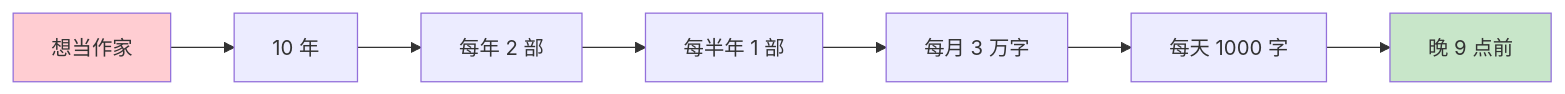
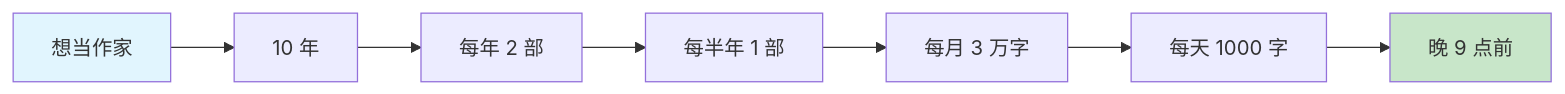
One commit to chongyang211/YCBookBlog changed the second of 5 diagrams in packages/website/11.书籍/05.自我精进·成事/03.分解目标要明确.md. Above: the diagram before and after it, drawn with Mermaid. The commit also changed other lines of this file and 1 other file, not shown here.

````diff
--- a/packages/website/11.书籍/05.自我精进·成事/03.分解目标要明确.md
+++ b/packages/website/11.书籍/05.自我精进·成事/03.分解目标要明确.md
@@ -71,11 +74,11 @@
 ```mermaid
 graph LR
     A[想当作家] --> B[10 年]
     B --> C[每年 2 部]
     C --> D[每半年 1 部]
     D --> E[每月 3 万字]
     E --> F[每天 1000 字]
     F --> G[晚 9 点前]
-    style A fill:#ffcdd2
+    style A fill:#e1f5fe
     style G fill:#c8e6c9
 ```
````
